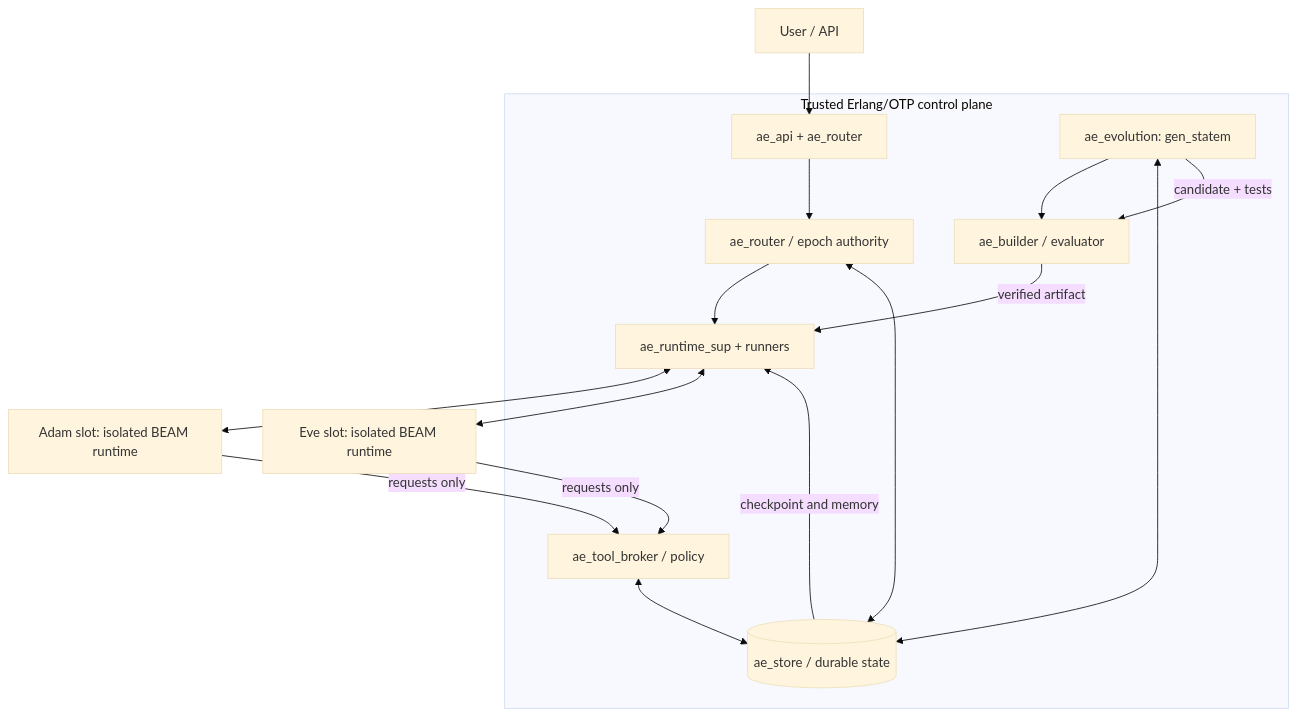
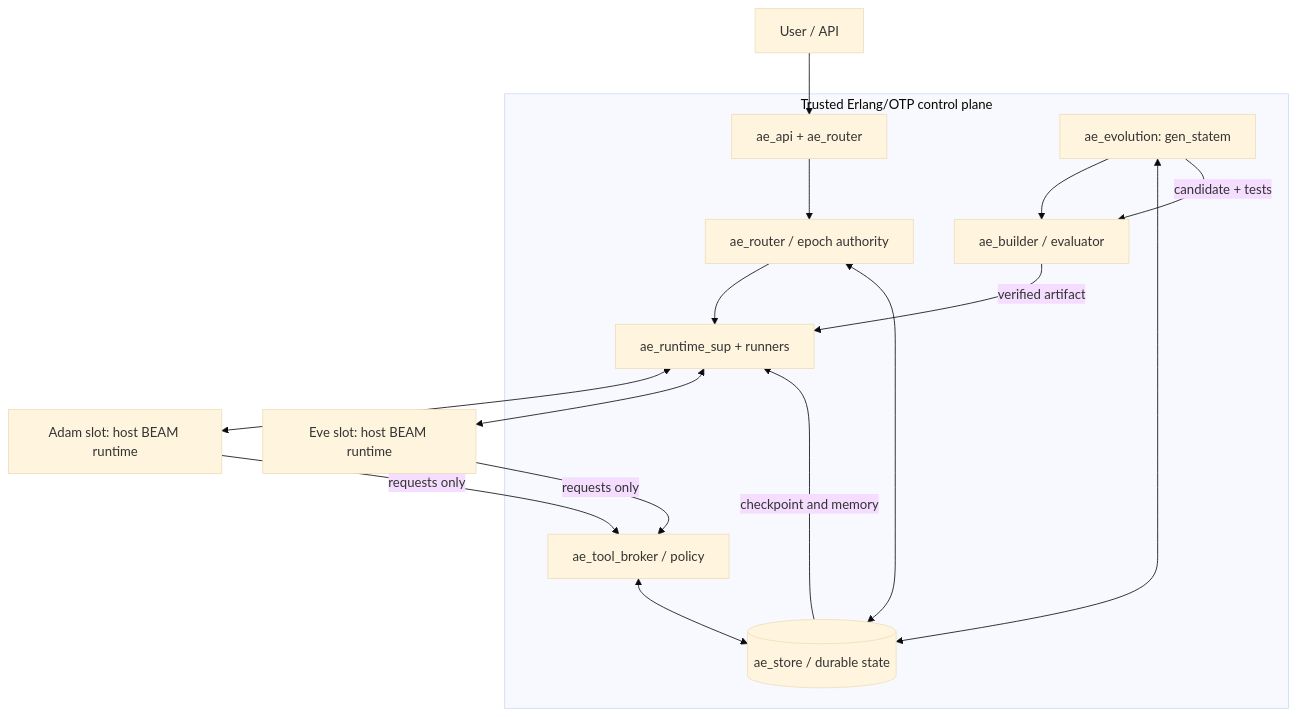
One commit to DemonGiggle/adam-eve changed the diagram in docs/SPEC.md. Above: the diagram before and after it, drawn with Mermaid (base theme). The commit also changed other lines of this file and 69 other files, not shown here.

````diff
--- a/docs/SPEC.md
+++ b/docs/SPEC.md
@@ -57,19 +57,19 @@
 ```mermaid
 flowchart TB
     User[User / API] --> Gateway[ae_api + ae_router]
     subgraph Trusted[Trusted Erlang/OTP control plane]
         Gateway --> Router[ae_router / epoch authority]
         Router --> Runner[ae_runtime_sup + runners]
         Evolve[ae_evolution: gen_statem] --> Builder[ae_builder / evaluator]
         Router <--> Store[(ae_store / durable state)]
         Evolve <--> Store
         Broker[ae_tool_broker / policy] <--> Store
     end
-    Runner <--> Adam[Adam slot: isolated BEAM runtime]
-    Runner <--> Eve[Eve slot: isolated BEAM runtime]
+    Runner <--> Adam[Adam slot: host BEAM runtime]
+    Runner <--> Eve[Eve slot: host BEAM runtime]
     Adam -->|requests only| Broker
     Eve -->|requests only| Broker
     Evolve -->|candidate + tests| Builder
     Builder -->|verified artifact| Runner
     Store -->|checkpoint and memory| Runner
 ```
````
